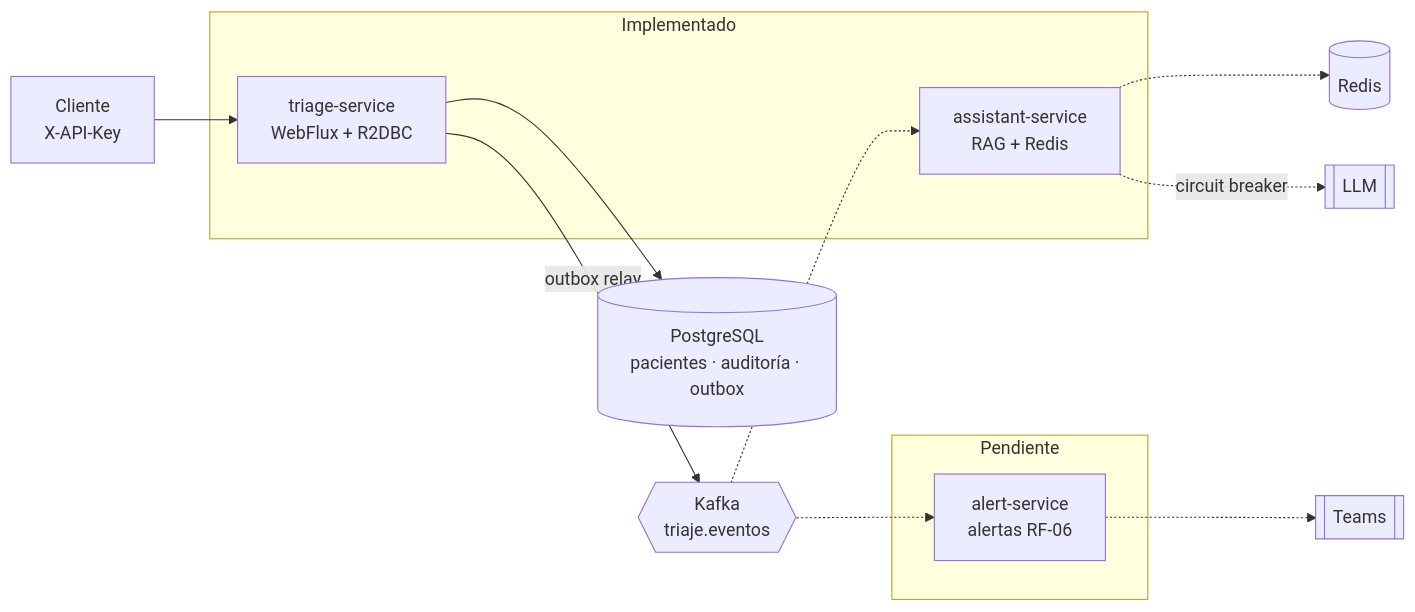
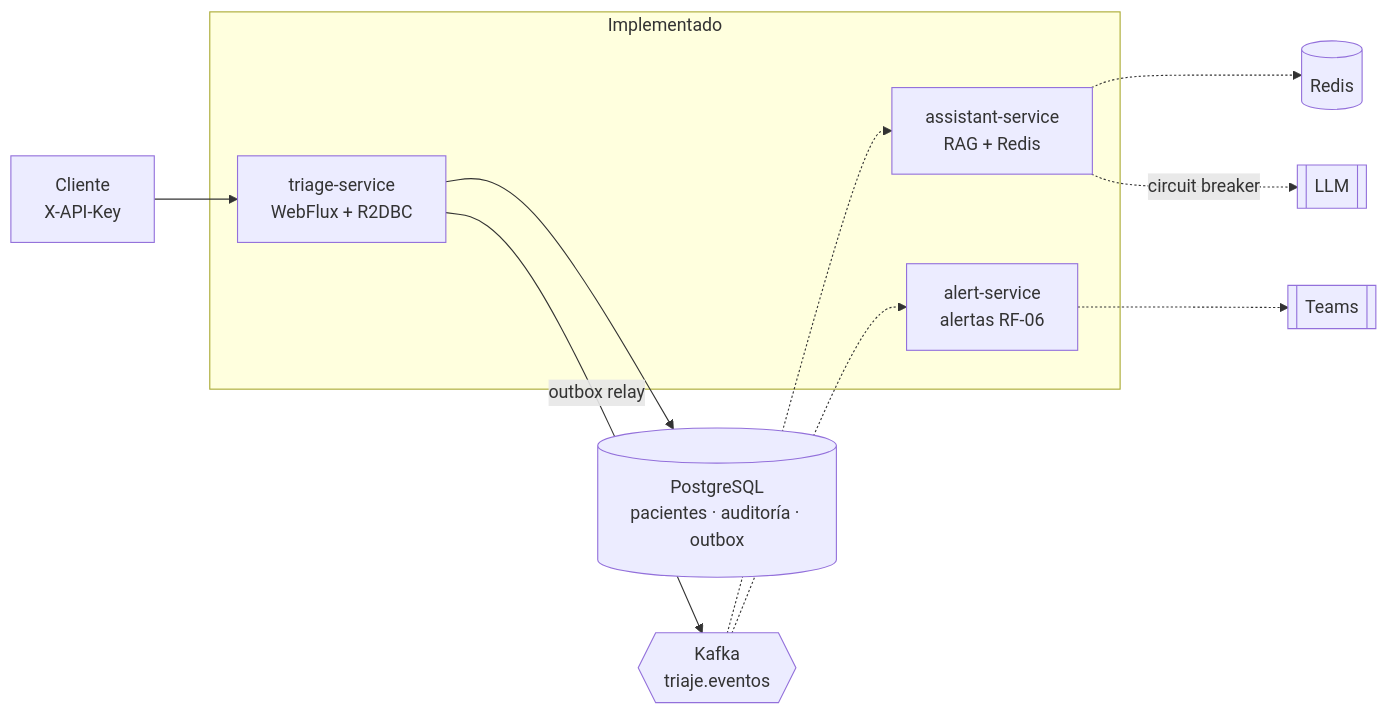
Before and after one commit to JulianDavidGamboa/vidacruz-triage-platform: the diagram in README.md, drawn with Mermaid. The commit also changed other lines of this file and 1 other file, not shown here.

Commit message:
docs: update RF-04 and RF-06 status in README and ADR index

````diff
--- a/README.md
+++ b/README.md
@@ -108,18 +108,16 @@
 ```mermaid
 flowchart LR
     C["Cliente<br/>X-API-Key"] --> TRI
     subgraph Implementado
         TRI["triage-service<br/>WebFlux + R2DBC"]
         AST["assistant-service<br/>RAG + Redis"]
-    end
-    subgraph Pendiente
         ALR["alert-service<br/>alertas RF-06"]
     end
     TRI --> PG[("PostgreSQL<br/>pacientes · auditoría · outbox")]
     TRI -->|"outbox relay"| KF{{"Kafka<br/>triaje.eventos"}}
     KF -.-> AST
     KF -.-> ALR
     AST -.-> RD[("Redis")]
     AST -.->|"circuit breaker"| LLM[["LLM"]]
     ALR -.-> CH[["Teams"]]
 ```
````
